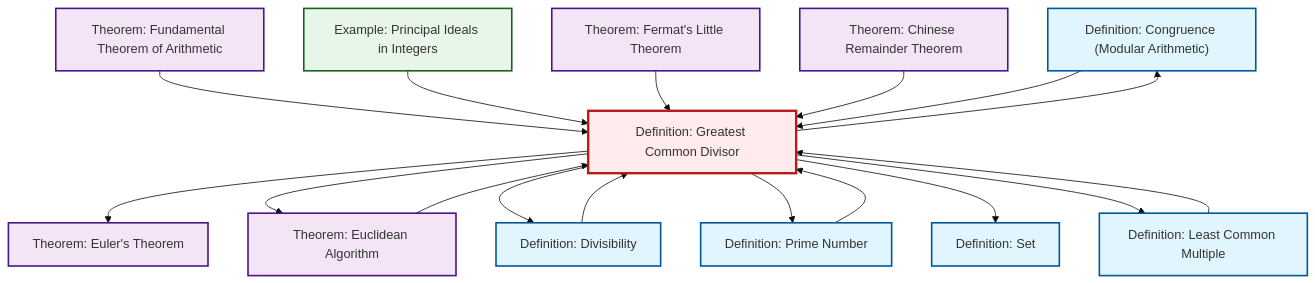
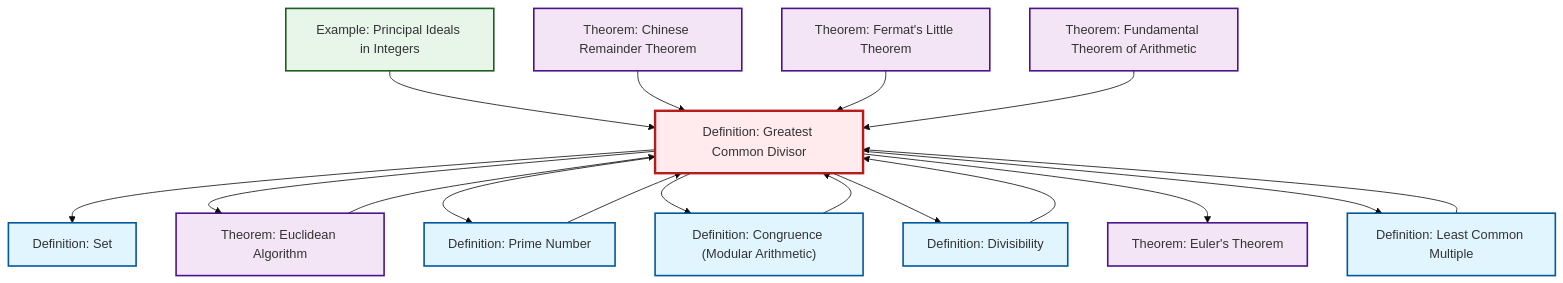
The second of 2 diagrams in content/en/number-theory/def-gcd.qmd (RK0429/ModernMath), drawn with Mermaid (base theme) before and after one commit. The commit also changed other lines of this file and 1012 other files, not shown here.

````diff
--- a/content/en/number-theory/def-gcd.qmd
+++ b/content/en/number-theory/def-gcd.qmd
@@ -93,49 +93,49 @@
 ```{mermaid}
 %%| fig-cap: "Local dependency graph"
 graph TD
     classDef definition fill:#e1f5fe,stroke:#01579b,stroke-width:2px
     classDef theorem fill:#f3e5f5,stroke:#4a148c,stroke-width:2px
     classDef axiom fill:#fff3e0,stroke:#e65100,stroke-width:2px
     classDef example fill:#e8f5e9,stroke:#1b5e20,stroke-width:2px
     classDef current fill:#ffebee,stroke:#b71c1c,stroke-width:3px
+    def-gcd["Definition: Greatest Common Divisor"]:::definition
     def-congruence["Definition: Congruence (Modular Arithmetic)"]:::definition
-    def-divisibility["Definition: Divisibility"]:::definition
-    def-set["Definition: Set"]:::definition
-    thm-fundamental-arithmetic["Theorem: Fundamental Theorem of Arithmetic"]:::theorem
-    thm-euclidean-algorithm["Theorem: Euclidean Algorithm"]:::theorem
     thm-euler["Theorem: Euler's Theorem"]:::theorem
     thm-chinese-remainder["Theorem: Chinese Remainder Theorem"]:::theorem
+    def-lcm["Definition: Least Common Multiple"]:::definition
+    ex-principal-ideal["Example: Principal Ideals in Integers"]:::example
+    def-divisibility["Definition: Divisibility"]:::definition
+    thm-fundamental-arithmetic["Theorem: Fundamental Theorem of Arithmetic"]:::theorem
+    def-set["Definition: Set"]:::definition
+    thm-euclidean-algorithm["Theorem: Euclidean Algorithm"]:::theorem
     thm-fermat-little["Theorem: Fermat's Little Theorem"]:::theorem
-    ex-principal-ideal["Example: Principal Ideals in Integers"]:::example
-    def-gcd["Definition: Greatest Common Divisor"]:::definition
-    def-lcm["Definition: Least Common Multiple"]:::definition
     def-prime["Definition: Prime Number"]:::definition
+    def-gcd --> def-set
+    def-lcm --> def-gcd
+    ex-principal-ideal --> def-gcd
+    def-gcd --> thm-euclidean-algorithm
+    def-gcd --> def-prime
+    def-gcd --> def-congruence
+    def-gcd --> def-divisibility
+    thm-chinese-remainder --> def-gcd
+    thm-euclidean-algorithm --> def-gcd
+    def-congruence --> def-gcd
+    def-divisibility --> def-gcd
+    def-prime --> def-gcd
+    thm-fermat-little --> def-gcd
+    thm-fundamental-arithmetic --> def-gcd
     def-gcd --> thm-euler
-    thm-fundamental-arithmetic --> def-gcd
-    ex-principal-ideal --> def-gcd
-    thm-fermat-little --> def-gcd
-    def-gcd --> thm-euclidean-algorithm
-    def-gcd --> def-divisibility
-    def-lcm --> def-gcd
-    def-gcd --> def-prime
-    thm-chinese-remainder --> def-gcd
-    def-gcd --> def-set
-    thm-euclidean-algorithm --> def-gcd
-    def-gcd --> def-congruence
-    def-prime --> def-gcd
-    def-congruence --> def-gcd
     def-gcd --> def-lcm
-    def-divisibility --> def-gcd
     class def-gcd current
     click def-congruence "def-congruence.html" "Go to Congruence (Modular Arithmetic) definition"
-    click def-divisibility "def-divisibility.html" "Go to Divisibility definition"
-    click def-set "def-set.html" "Go to Set definition"
-    click thm-fundamental-arithmetic "thm-fundamental-arithmetic.html" "Go to Fundamental Theorem of Arithmetic theorem"
-    click thm-euclidean-algorithm "thm-euclidean-algorithm.html" "Go to Euclidean Algorithm theorem"
     click thm-euler "thm-euler.html" "Go to Euler's Theorem theorem"
     click thm-chinese-remainder "thm-chinese-remainder.html" "Go to Chinese Remainder Theorem theorem"
+    click def-lcm "def-lcm.html" "Go to Least Common Multiple definition"
+    click ex-principal-ideal "ex-principal-ideal.html" "Go to Principal Ideals in Integers example"
+    click def-divisibility "def-divisibility.html" "Go to Divisibility definition"
+    click thm-fundamental-arithmetic "thm-fundamental-arithmetic.html" "Go to Fundamental Theorem of Arithmetic theorem"
+    click def-set "def-set.html" "Go to Set definition"
+    click thm-euclidean-algorithm "thm-euclidean-algorithm.html" "Go to Euclidean Algorithm theorem"
     click thm-fermat-little "thm-fermat-little.html" "Go to Fermat's Little Theorem theorem"
-    click ex-principal-ideal "ex-principal-ideal.html" "Go to Principal Ideals in Integers example"
-    click def-lcm "def-lcm.html" "Go to Least Common Multiple definition"
     click def-prime "def-prime.html" "Go to Prime Number definition"
 ```
````
